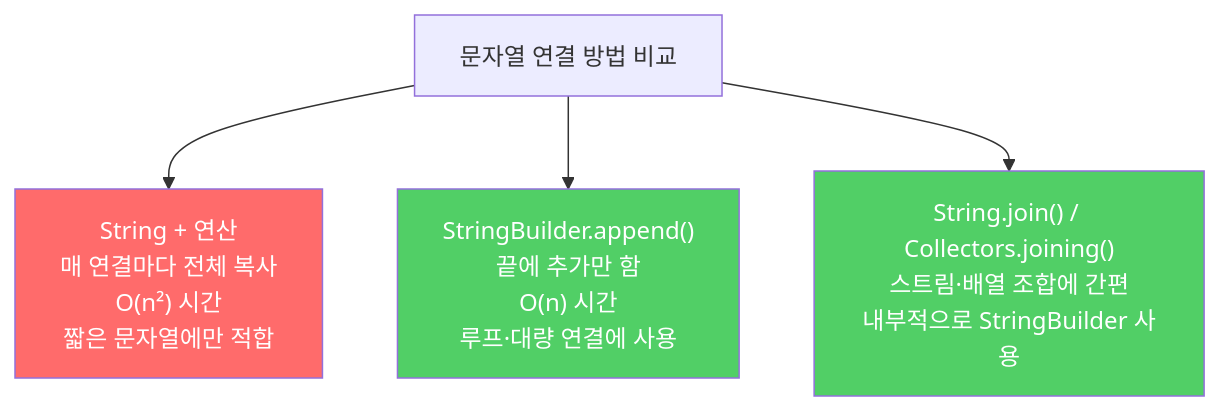
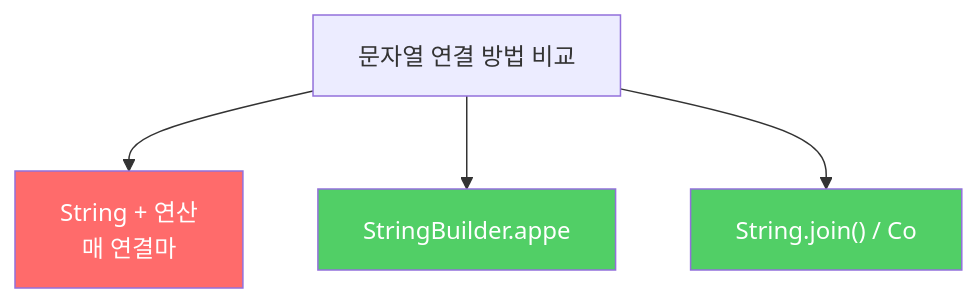
Before and after one commit to yjkim2015/yjkim2015.github.io: the diagram in _posts/java/2022-02-13-effective-java63.md, drawn with Mermaid. The commit also changed 271 other files, not shown here.

First line of the commit message:
Mermaid 라벨 축소: 긴 노드 텍스트 18자 이하로 트림 + \n 제거

````diff
--- a/_posts/java/2022-02-13-effective-java63.md
+++ b/_posts/java/2022-02-13-effective-java63.md
@@ -52,9 +52,9 @@
 ```mermaid
 graph TD
-    A["문자열 연결 방법 비교"] --> B["String + 연산\n매 연결마다 전체 복사\nO(n²) 시간\n짧은 문자열에만 적합"]
-    A --> C["StringBuilder.append()\n끝에 추가만 함\nO(n) 시간\n루프·대량 연결에 사용"]
-    A --> D["String.join() / Collectors.joining()\n스트림·배열 조합에 간편\n내부적으로 StringBuilder 사용"]
+    A["문자열 연결 방법 비교"] --> B["String + 연산\n매 연결마"]
+    A --> C["StringBuilder.appe"]
+    A --> D["String.join() / Co"]
     style B fill:#ff6b6b,color:#fff
     style C fill:#51cf66,color:#fff
     style D fill:#51cf66,color:#fff
 ```
````
